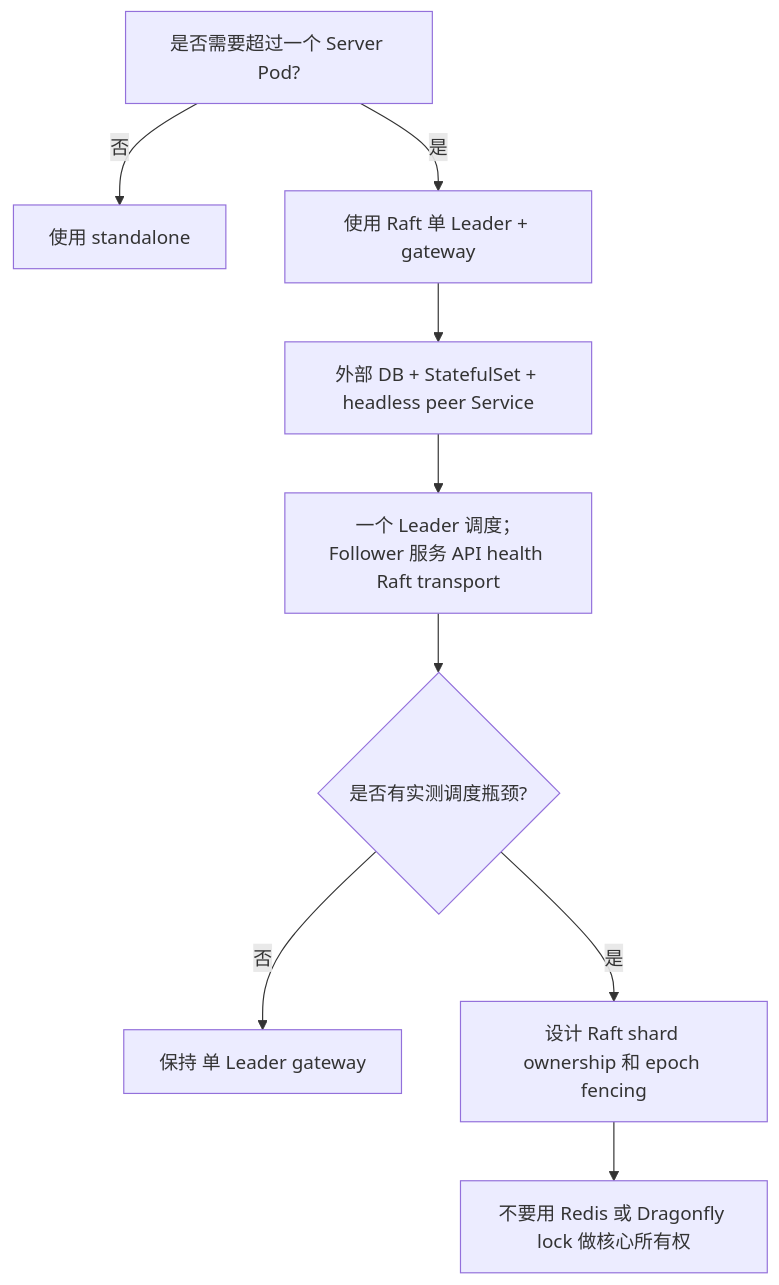
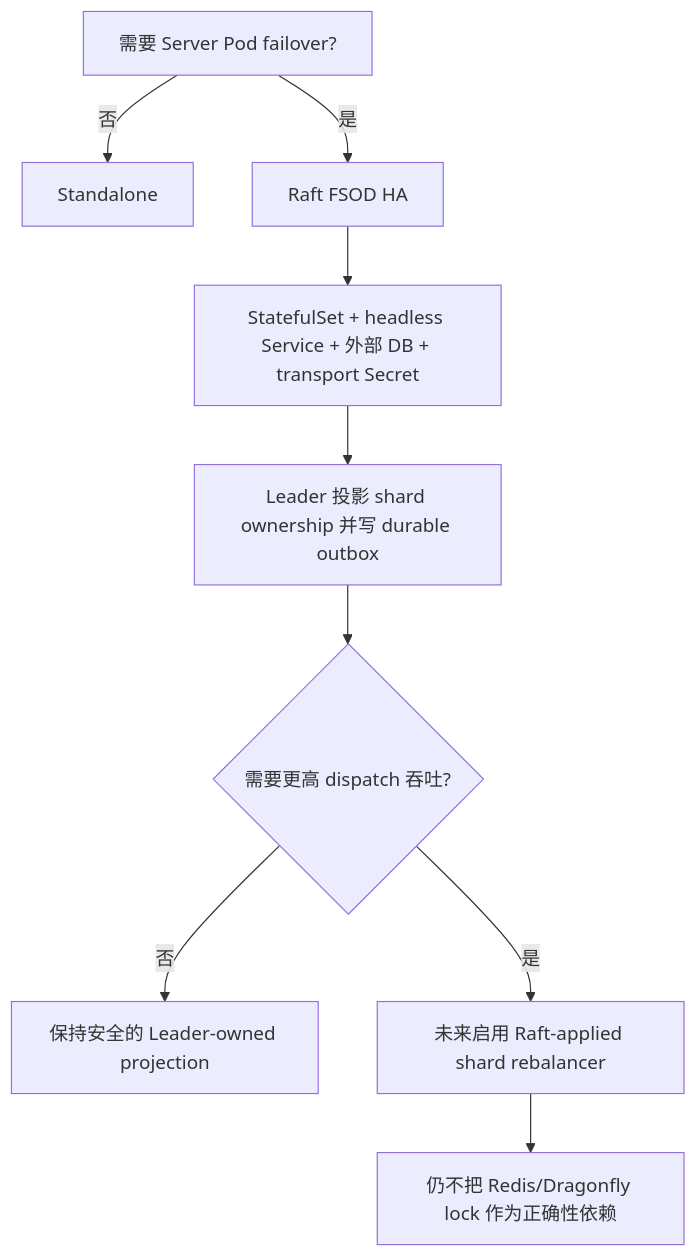
One commit to yhyzgn/tikeo changed the third of 4 diagrams in docs/i18n/zh-CN/docusaurus-plugin-content-docs/current/deployment/server-ha.md. Above: the diagram before and after it, drawn with Mermaid. The commit also changed other lines of this file and 13 other files, not shown here.

````diff
--- a/docs/i18n/zh-CN/docusaurus-plugin-content-docs/current/deployment/server-ha.md
+++ b/docs/i18n/zh-CN/docusaurus-plugin-content-docs/current/deployment/server-ha.md
@@ -85,11 +113,11 @@
 ```mermaid
 flowchart TD
-  A[是否需要超过一个 Server Pod?] -->|否| B[使用 standalone]
-  A -->|是| C[使用 Raft 单 Leader + gateway]
-  C --> D[外部 DB + StatefulSet + headless peer Service]
-  D --> E[一个 Leader 调度；Follower 服务 API health Raft transport]
-  E --> F{是否有实测调度瓶颈?}
-  F -->|否| G[保持 单 Leader gateway]
-  F -->|是| H[设计 Raft shard ownership 和 epoch fencing]
-  H --> I[不要用 Redis 或 Dragonfly lock 做核心所有权]
+  A[需要 Server Pod failover?] -->|否| B[Standalone]
+  A -->|是| C[Raft FSOD HA]
+  C --> D[StatefulSet + headless Service + 外部 DB + transport Secret]
+  D --> E[Leader 投影 shard ownership 并写 durable outbox]
+  E --> F{需要更高 dispatch 吞吐?}
+  F -->|否| G[保持安全的 Leader-owned projection]
+  F -->|是| H[未来启用 Raft-applied shard rebalancer]
+  H --> I[仍不把 Redis/Dragonfly lock 作为正确性依赖]
 ```
````
